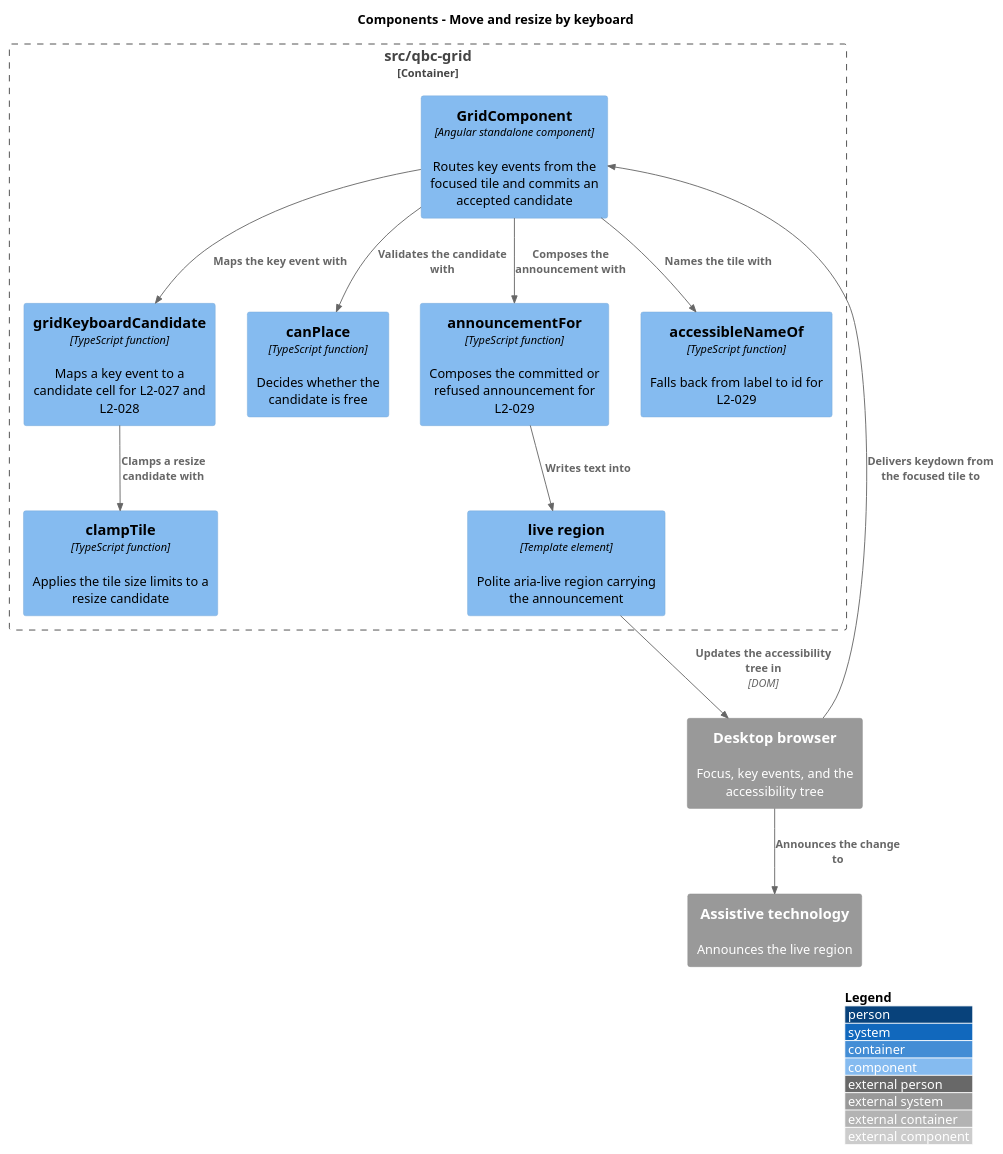
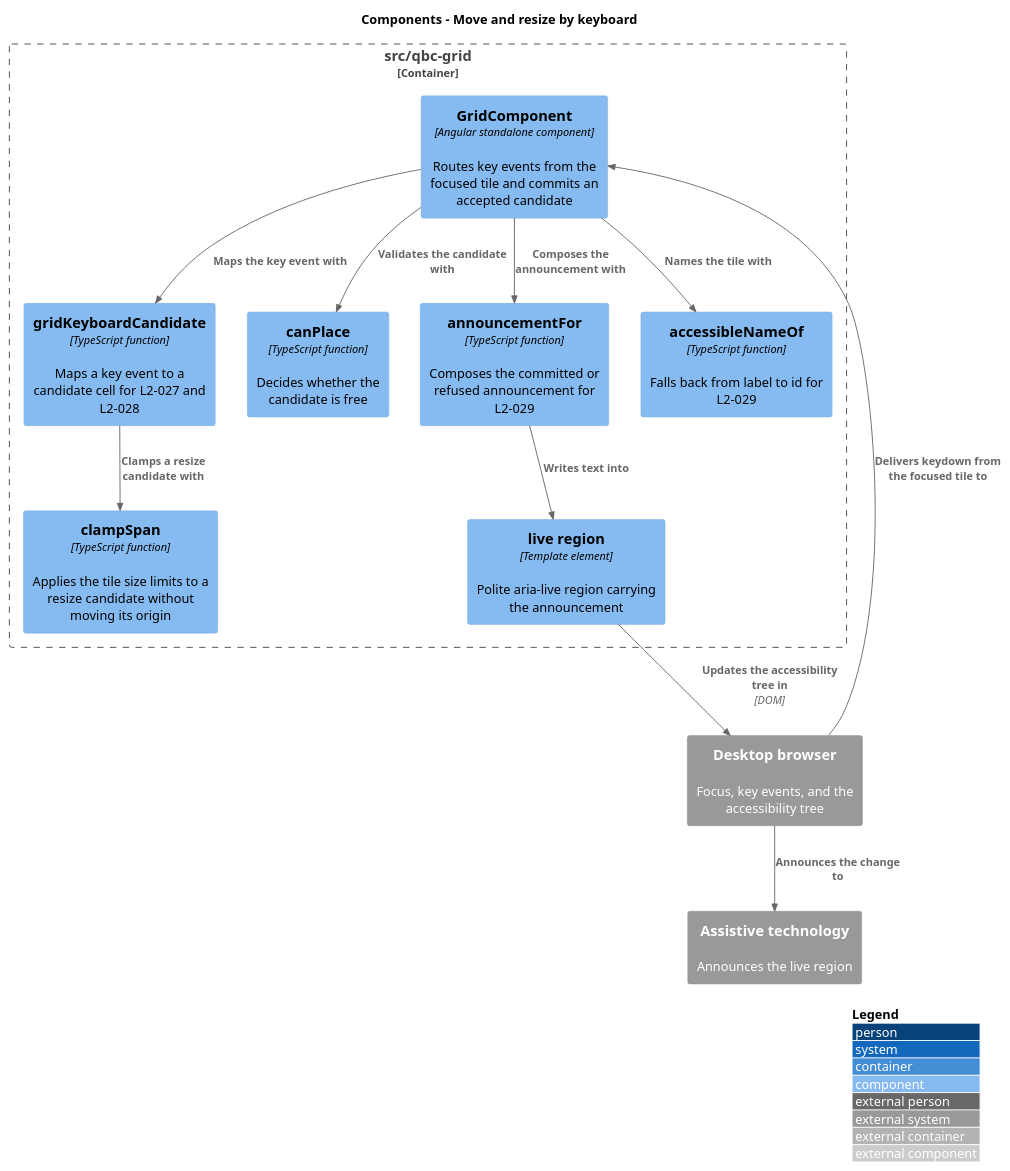
The diagram in docs/detailed-designs/tile-interaction/move-and-resize-by-keyboard/diagrams/c4-component.puml (QuinntyneBrown/qbc-grid), drawn with PlantUML before and after one commit. The commit also changed 19 other files, not shown here.

```diff
--- a/docs/detailed-designs/tile-interaction/move-and-resize-by-keyboard/diagrams/c4-component.puml
+++ b/docs/detailed-designs/tile-interaction/move-and-resize-by-keyboard/diagrams/c4-component.puml
@@ -1,28 +1,28 @@
 @startuml
 !include <C4/C4_Component>
 LAYOUT_WITH_LEGEND()
 title Components - Move and resize by keyboard
 
 Container_Boundary(components, "src/qbc-grid") {
   Component(grid, "GridComponent", "Angular standalone component", "Routes key events from the focused tile and commits an accepted candidate")
   Component(keys, "gridKeyboardCandidate", "TypeScript function", "Maps a key event to a candidate cell for L2-027 and L2-028")
-  Component(clamp, "clampTile", "TypeScript function", "Applies the tile size limits to a resize candidate")
+  Component(clamp, "clampSpan", "TypeScript function", "Applies the tile size limits to a resize candidate without moving its origin")
   Component(canplace, "canPlace", "TypeScript function", "Decides whether the candidate is free")
   Component(announce, "announcementFor", "TypeScript function", "Composes the committed or refused announcement for L2-029")
   Component(live, "live region", "Template element", "Polite aria-live region carrying the announcement")
   Component(name, "accessibleNameOf", "TypeScript function", "Falls back from label to id for L2-029")
 }
 
 System_Ext(browser, "Desktop browser", "Focus, key events, and the accessibility tree")
 System_Ext(at, "Assistive technology", "Announces the live region")
 
 Rel(browser, grid, "Delivers keydown from the focused tile to")
 Rel(grid, keys, "Maps the key event with")
 Rel(keys, clamp, "Clamps a resize candidate with")
 Rel(grid, canplace, "Validates the candidate with")
 Rel(grid, name, "Names the tile with")
 Rel(grid, announce, "Composes the announcement with")
 Rel(announce, live, "Writes text into")
 Rel(live, browser, "Updates the accessibility tree in", "DOM")
 Rel(browser, at, "Announces the change to")
 @enduml
```
